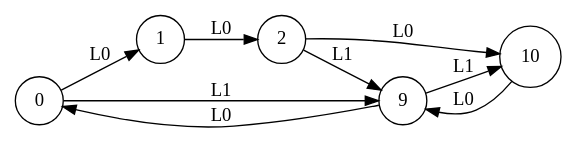
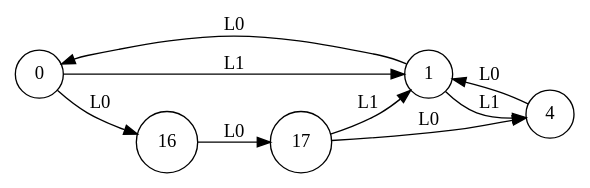
The diagram in learning_E0/learnt-automaton_5_2_2_3~2.dot (k85-ai/KB1), drawn with Graphviz before and after one commit. The commit also changed 808 other files, not shown here.

```diff
--- a/learning_E0/learnt-automaton_5_2_2_3~2.dot
+++ b/learning_E0/learnt-automaton_5_2_2_3~2.dot
@@ -1,16 +1,16 @@
 digraph learntMachine {
   rankdir=LR;
   0 [shape=circle, label="0"];
   1 [shape=circle, label="1"];
-  2 [shape=circle, label="2"];
-  9 [shape=circle, label="9"];
-  10 [shape=circle, label="10"];
-  0 -> 1 [label="L0"];
-  1 -> 2 [label="L0"];
-  2 -> 9 [label="L1"];
-  0 -> 9 [label="L1"];
-  9 -> 10 [label="L1"];
-  10 -> 9 [label="L0"];
-  2 -> 10 [label="L0"];
-  9 -> 0 [label="L0"];
+  4 [shape=circle, label="4"];
+  16 [shape=circle, label="16"];
+  17 [shape=circle, label="17"];
+  0 -> 1 [label="L1"];
+  1 -> 0 [label="L0"];
+  1 -> 4 [label="L1"];
+  4 -> 1 [label="L0"];
+  0 -> 16 [label="L0"];
+  16 -> 17 [label="L0"];
+  17 -> 1 [label="L1"];
+  17 -> 4 [label="L0"];
 }
```
